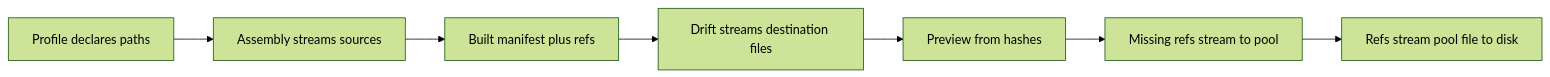
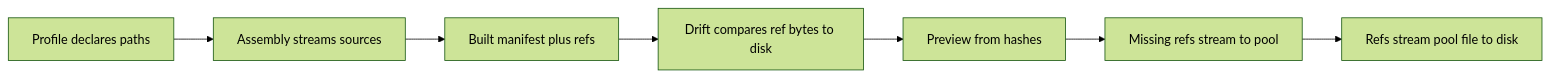
Before and after one commit to SolracHQ/confit: the second of 2 diagrams in docs/design/v0.8.md, drawn with Mermaid (forest theme). The commit also changed other lines of this file and 6 other files, not shown here.

````diff
--- a/docs/design/v0.8.md
+++ b/docs/design/v0.8.md
@@ -193,9 +190,9 @@
 ```mermaid
 flowchart LR
     profile[Profile declares paths] --> eval[Assembly streams sources]
     eval --> built[Built manifest plus refs]
-    built --> drift[Drift streams destination files]
+    built --> drift[Drift compares ref bytes to disk]
     drift --> preview[Preview from hashes]
     preview --> store[Missing refs stream to pool]
     store --> write[Refs stream pool file to disk]
 ```
````
